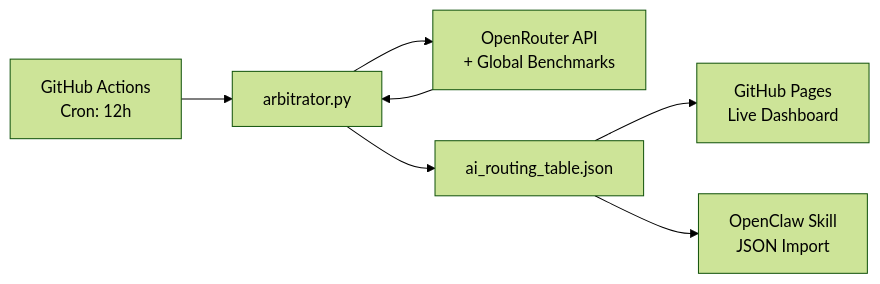
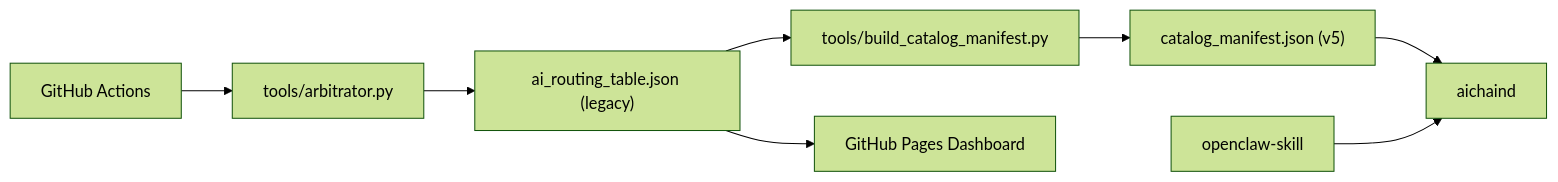
One commit to filokloi/AIchain changed the diagram in README.md. Above: the diagram before and after it, drawn with Mermaid (forest theme). The commit also changed other lines of this file and 111 other files, not shown here.

````diff
--- a/README.md
+++ b/README.md
@@ -56,9 +48,10 @@
 ```mermaid
 graph LR
-    A[GitHub Actions<br/>Cron: 12h] --> B[arbitrator.py]
-    B --> C[OpenRouter API<br/>+ Global Benchmarks]
-    C --> B
-    B --> D[ai_routing_table.json]
-    D --> E[GitHub Pages<br/>Live Dashboard]
-    D --> F[OpenClaw Skill<br/>JSON Import]
+    A["GitHub Actions"] --> B["tools/arbitrator.py"]
+    B --> C["ai_routing_table.json (legacy)"]
+    C --> D["tools/build_catalog_manifest.py"]
+    D --> E["catalog_manifest.json (v5)"]
+    C --> F["GitHub Pages Dashboard"]
+    E --> G["aichaind"]
+    H["openclaw-skill"] --> G
 ```
````
